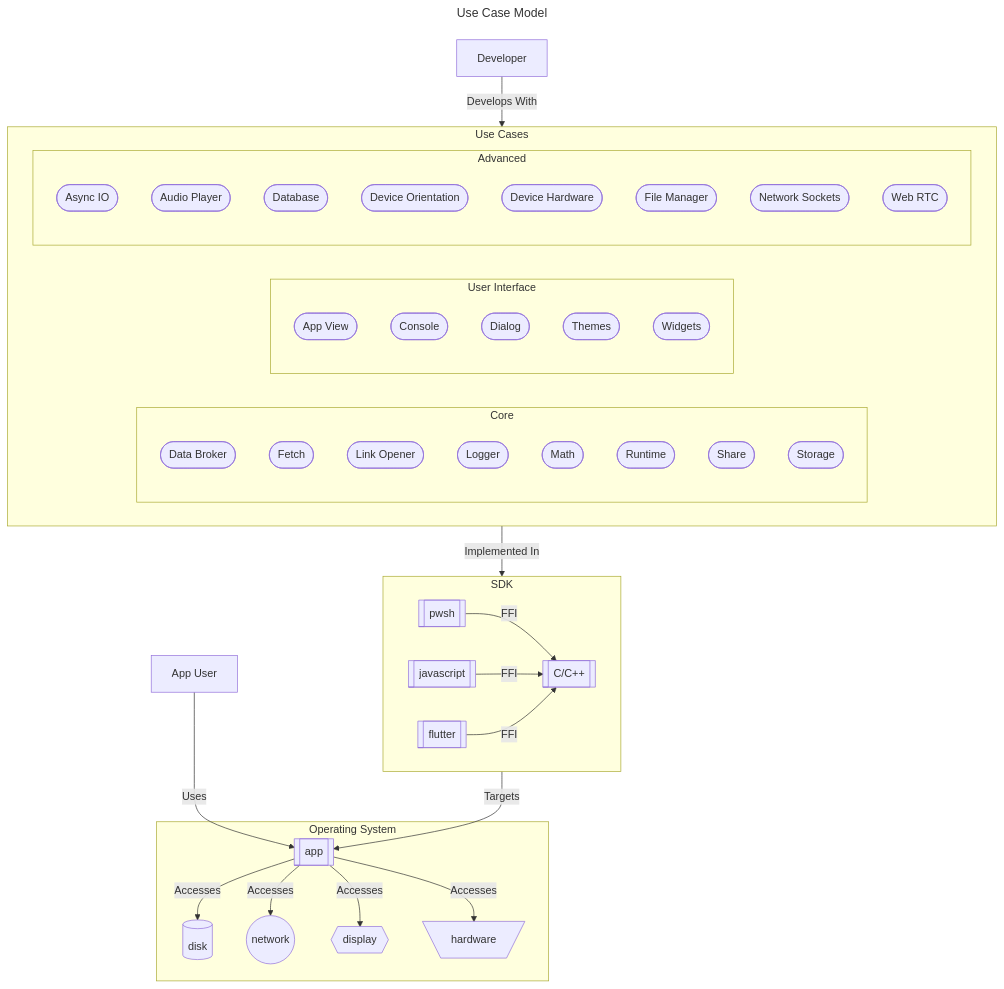
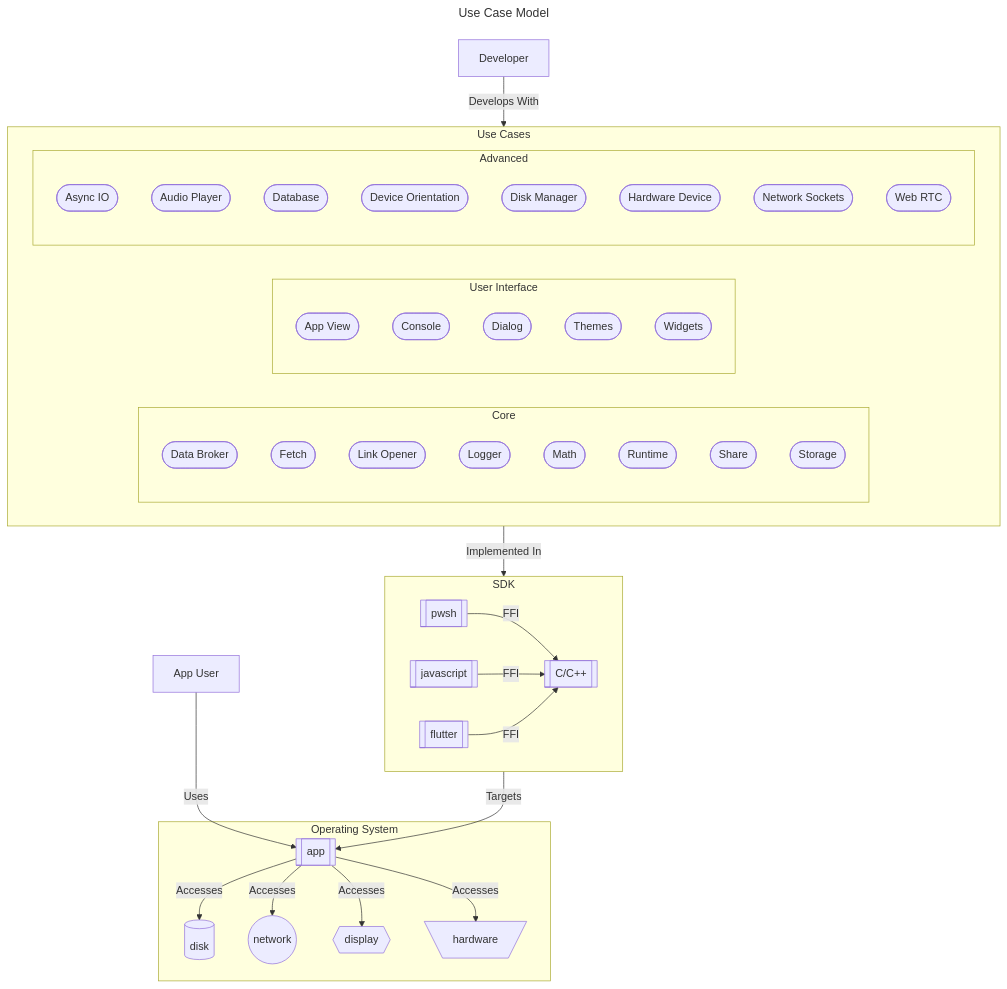
One commit to CodeMelted/codemelted_developer changed the diagram in README.md. Above: the diagram before and after it, drawn with Mermaid. The commit also changed 5 other files, not shown here.

````diff
--- a/README.md
+++ b/README.md
@@ -37,59 +37,59 @@
 ```mermaid
 ---
 title: Use Case Model
 ---
 flowchart TD
     subgraph ucModel[Use Cases]
         subgraph Core
             ucDataBroker([Data Broker])
             ucFetch([Fetch])
             ucLinkOpener([Link Opener])
             ucLogger([Logger])
             ucMath([Math])
             ucRuntime([Runtime])
             ucShare([Share])
             ucStorage([Storage])
         end
         subgraph User Interface
             ucAppView([App View])
             ucConsole([Console])
             ucDialog([Dialog])
             ucThemes([Themes])
             ucWidgets([Widgets])
         end
         subgraph Advanced
             ucAsyncIO([Async IO])
             ucAudioPlayer([Audio Player])
             ucDatabase([Database])
             ucDeviceOrientation([Device Orientation])
-            ucDeviceHardware([Device Hardware])
-            ucFileManager([File Manager])
+            ucDiskManager([Disk Manager])
+            ucHardwareDevice([Hardware Device])
             ucNetworkSockets([Network Sockets])
             ucWebRTC([Web RTC])
         end
     end
     subgraph sdk[SDK]
         pwsh[[pwsh]]
         javascript[[javascript]]
         flutter[[flutter]]
         C[[C/C++]]
     end
     subgraph os[Operating System]
         app[[app]]
         disk[(disk)]
         network((network))
         display{{display}}
         hardware[\hardware/]
     end
     Developer--Develops With-->ucModel
     pwsh--FFI-->C
     javascript--FFI-->C
     flutter--FFI-->C
     ucModel--Implemented In-->sdk
     sdk--Targets-->app
     app--Accesses-->disk
     app--Accesses-->network
     app--Accesses-->display
     app--Accesses-->hardware
     appUser[App User]--Uses-->app
 ```
````
